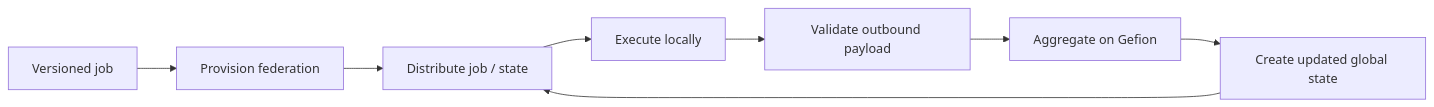
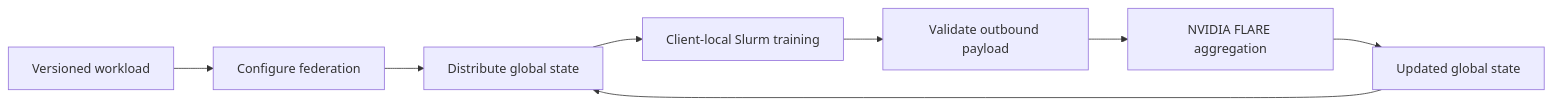
The second of 3 diagrams in README.md (collaborativebioinformatics/Internal_federation_supercomputing_environment), drawn with Mermaid before and after one commit. The commit also changed other lines of this file, not shown here.

````diff
--- a/README.md
+++ b/README.md
@@ -219,10 +224,10 @@
 ```mermaid
 flowchart LR
-    A["Versioned job"] --> B["Provision federation"]
-    B --> C["Distribute job / state"]
-    C --> D["Execute locally"]
+    A["Versioned workload"] --> B["Configure federation"]
+    B --> C["Distribute global state"]
+    C --> D["Client-local Slurm training"]
     D --> E["Validate outbound payload"]
-    E --> F["Aggregate on Gefion"]
-    F --> G["Create updated global state"]
+    E --> F["NVIDIA FLARE aggregation"]
+    F --> G["Updated global state"]
     G --> C
 ```
````
